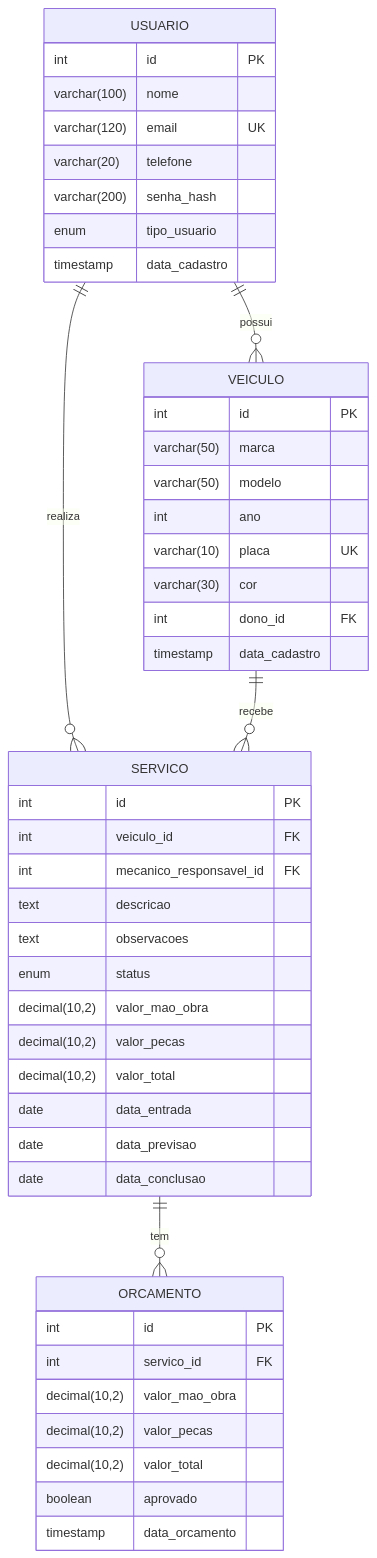
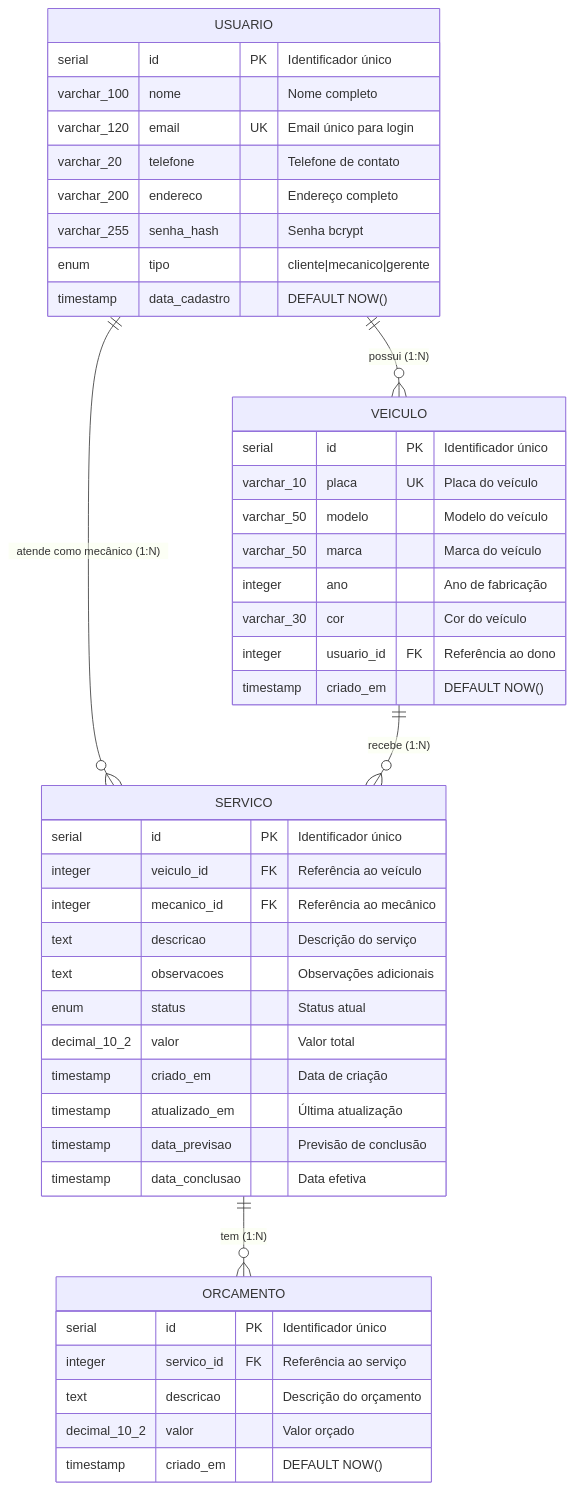
The first of 3 diagrams in docs/ER_FISICO.md (Gxaite/tppe), drawn with Mermaid before and after one commit. The commit also changed other lines of this file and 13 other files, not shown here.

First line of the commit message:
feat: Update use case documentation and ER model for mechanical workshop system

````diff
--- a/docs/ER_FISICO.md
+++ b/docs/ER_FISICO.md
@@ -8,53 +18,51 @@
 ```mermaid
 erDiagram
-    USUARIO ||--o{ VEICULO : possui
-    USUARIO ||--o{ SERVICO : realiza
-    VEICULO ||--o{ SERVICO : recebe
-    SERVICO ||--o{ ORCAMENTO : tem
+    USUARIO ||--o{ VEICULO : "possui (1:N)"
+    USUARIO ||--o{ SERVICO : "atende como mecânico (1:N)"
+    VEICULO ||--o{ SERVICO : "recebe (1:N)"
+    SERVICO ||--o{ ORCAMENTO : "tem (1:N)"
 
     USUARIO {
-        int id PK
-        varchar(100) nome
-        varchar(120) email UK
-        varchar(20) telefone
-        varchar(200) senha_hash
-        enum tipo_usuario
-        timestamp data_cadastro
+        serial id PK "Identificador único"
+        varchar_100 nome "Nome completo"
+        varchar_120 email UK "Email único para login"
+        varchar_20 telefone "Telefone de contato"
+        varchar_200 endereco "Endereço completo"
+        varchar_255 senha_hash "Senha bcrypt"
+        enum tipo "cliente|mecanico|gerente"
+        timestamp data_cadastro "DEFAULT NOW()"
     }
 
     VEICULO {
-        int id PK
-        varchar(50) marca
-        varchar(50) modelo
-        int ano
-        varchar(10) placa UK
-        varchar(30) cor
-        int dono_id FK
-        timestamp data_cadastro
+        serial id PK "Identificador único"
+        varchar_10 placa UK "Placa do veículo"
+        varchar_50 modelo "Modelo do veículo"
+        varchar_50 marca "Marca do veículo"
+        integer ano "Ano de fabricação"
+        varchar_30 cor "Cor do veículo"
+        integer usuario_id FK "Referência ao dono"
+        timestamp criado_em "DEFAULT NOW()"
     }
 
     SERVICO {
-        int id PK
-        int veiculo_id FK
-        int mecanico_responsavel_id FK
-        text descricao
-        text observacoes
-        enum status
-        decimal(10,2) valor_mao_obra
-        decimal(10,2) valor_pecas
-        decimal(10,2) valor_total
-        date data_entrada
-        date data_previsao
-        date data_conclusao
+        serial id PK "Identificador único"
+        integer veiculo_id FK "Referência ao veículo"
+        integer mecanico_id FK "Referência ao mecânico"
+        text descricao "Descrição do serviço"
+        text observacoes "Observações adicionais"
+        enum status "Status atual"
+        decimal_10_2 valor "Valor total"
+        timestamp criado_em "Data de criação"
+        timestamp atualizado_em "Última atualização"
+        timestamp data_previsao "Previsão de conclusão"
+        timestamp data_conclusao "Data efetiva"
     }
 
     ORCAMENTO {
-        int id PK
-        int servico_id FK
-        decimal(10,2) valor_mao_obra
-        decimal(10,2) valor_pecas
-        decimal(10,2) valor_total
-        boolean aprovado
-        timestamp data_orcamento
+        serial id PK "Identificador único"
+        integer servico_id FK "Referência ao serviço"
+        text descricao "Descrição do orçamento"
+        decimal_10_2 valor "Valor orçado"
+        timestamp criado_em "DEFAULT NOW()"
     }
 ```
````
